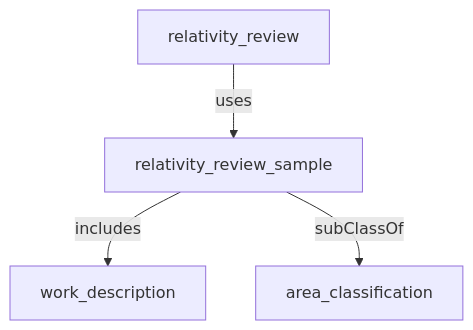
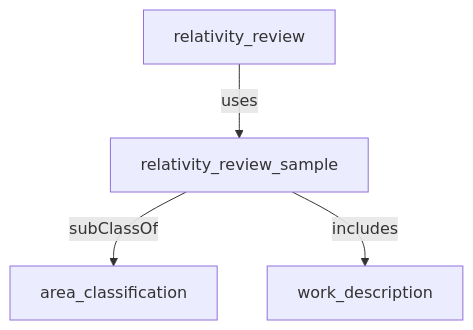
One commit to heidingaway/heidi2 changed the diagram in content/hr_data_model/relativity_review_sample.md. Above: the diagram before and after it, drawn with Mermaid. The commit also changed other lines of this file and 350 other files, not shown here.

````diff
--- a/content/hr_data_model/relativity_review_sample.md
+++ b/content/hr_data_model/relativity_review_sample.md
@@ -21,10 +22,10 @@
 ```mermaid
 graph TD
   relativity_review_sample["relativity_review_sample"]:::current-page-node
   area_classification["area_classification"]
   work_description["work_description"]
   relativity_review["relativity_review"]
+  relativity_review_sample-->|" subClassOf "|area_classification
+  relativity_review_sample-->|" includes "|work_description
   relativity_review-->|" uses "|relativity_review_sample
-  relativity_review_sample-->|" includes "|work_description
-  relativity_review_sample-->|" subClassOf "|area_classification
 ```
````
